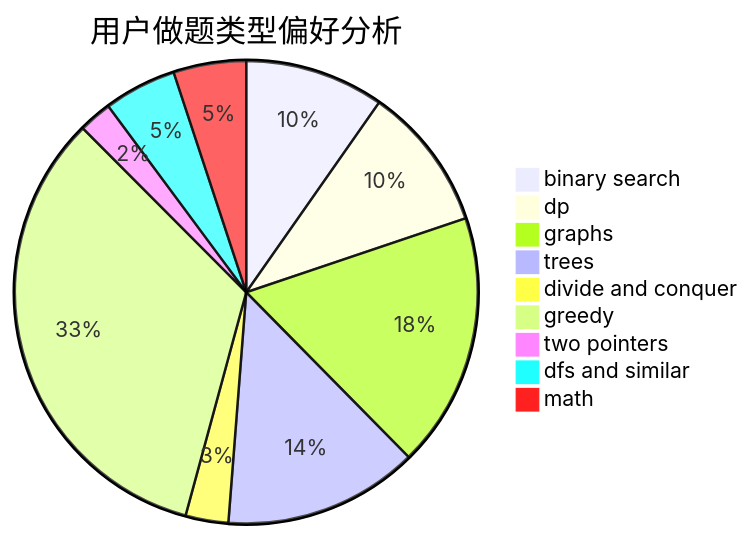
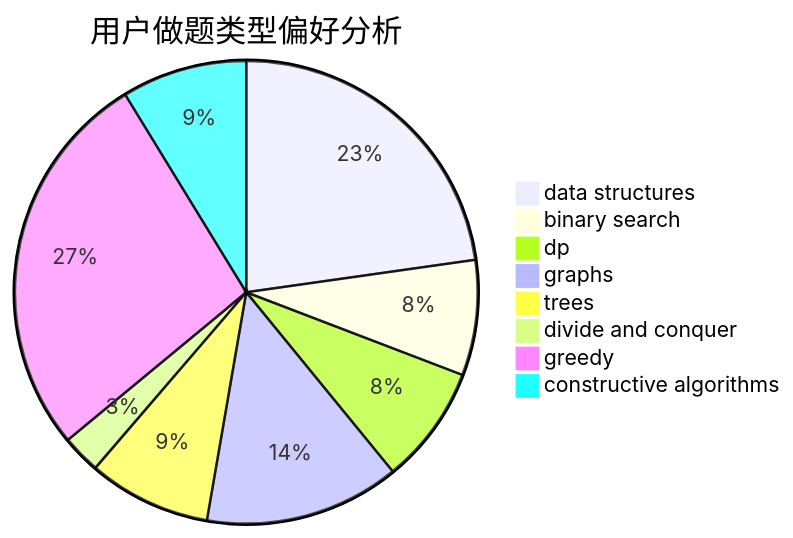
One commit to sherpahu/cfrs.github.io changed the second of 3 diagrams in docs/user/u1.md. Above: the diagram before and after it, drawn with Mermaid. The commit also changed other lines of this file and 2775 other files, not shown here.

````diff
--- a/docs/user/u1.md
+++ b/docs/user/u1.md
@@ -23,12 +23,11 @@
 ```mermaid
 pie title 用户做题类型偏好分析
-    "binary search" :  205
-    "dp" :  213
-    "graphs" :  375
-    "trees" :  287
+    "data structures" :  531
+    "binary search" :  188
+    "dp" :  193
+    "graphs" :  318
+    "trees" :  200
     "divide and conquer" :  63
-    "greedy" :  702
-    "two pointers" :  49
-    "dfs and similar" :  107
-    "math" :  107
+    "greedy" :  636
+    "constructive algorithms" :  204
 ```
````
